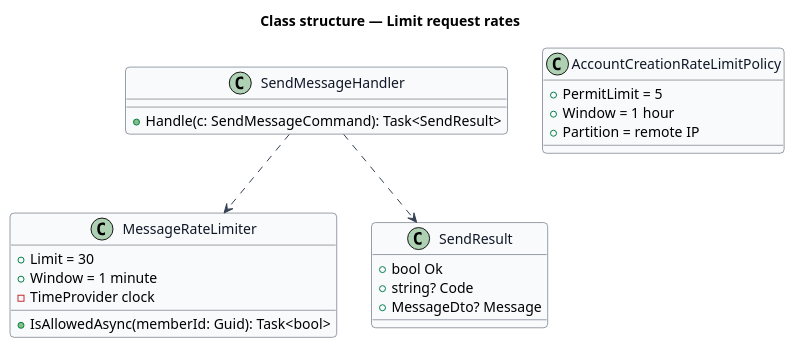
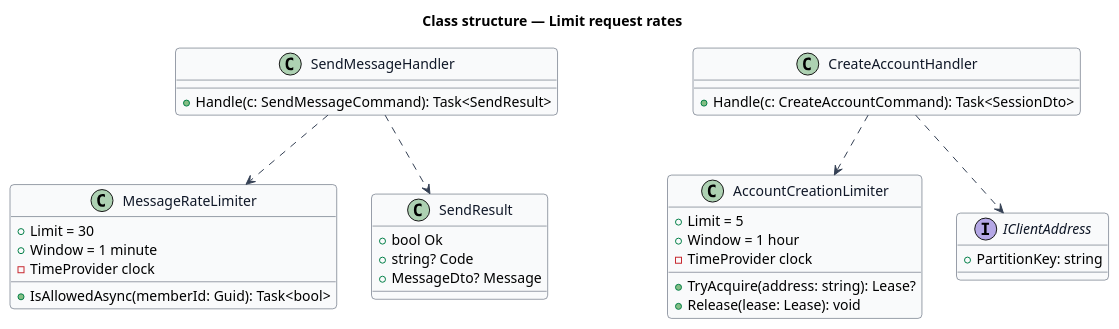
One commit to QuinntyneBrown/christian-fitness changed the diagram in docs/detailed-designs/security/limit-request-rates/diagrams/class.puml. Above: the diagram before and after it, drawn with PlantUML. The commit also changed 35 other files, not shown here.

```diff
--- a/docs/detailed-designs/security/limit-request-rates/diagrams/class.puml
+++ b/docs/detailed-designs/security/limit-request-rates/diagrams/class.puml
@@ -1,35 +1,45 @@
 @startuml
 skinparam backgroundColor #FFFFFF
 skinparam shadowing false
 skinparam roundcorner 8
 skinparam defaultFontName Arial
 skinparam ArrowColor #344054
 skinparam class {
   BorderColor #344054
   FontColor #101828
   BackgroundColor #F9FAFB
 }
 title Class structure — Limit request rates
 
 class MessageRateLimiter {
   +Limit = 30
   +Window = 1 minute
   -TimeProvider clock
   +IsAllowedAsync(memberId: Guid): Task<bool>
 }
 class SendMessageHandler {
   +Handle(c: SendMessageCommand): Task<SendResult>
 }
 class SendResult {
   +bool Ok
   +string? Code
   +MessageDto? Message
 }
-class AccountCreationRateLimitPolicy {
-  +PermitLimit = 5
+class AccountCreationLimiter {
+  +Limit = 5
   +Window = 1 hour
-  +Partition = remote IP
+  -TimeProvider clock
+  +TryAcquire(address: string): Lease?
+  +Release(lease: Lease): void
+}
+interface IClientAddress {
+  +PartitionKey: string
+}
+class CreateAccountHandler {
+  +Handle(c: CreateAccountCommand): Task<SessionDto>
 }
 SendMessageHandler ..> MessageRateLimiter
 SendMessageHandler ..> SendResult
+CreateAccountHandler ..> AccountCreationLimiter
+CreateAccountHandler ..> IClientAddress
 @enduml
```
